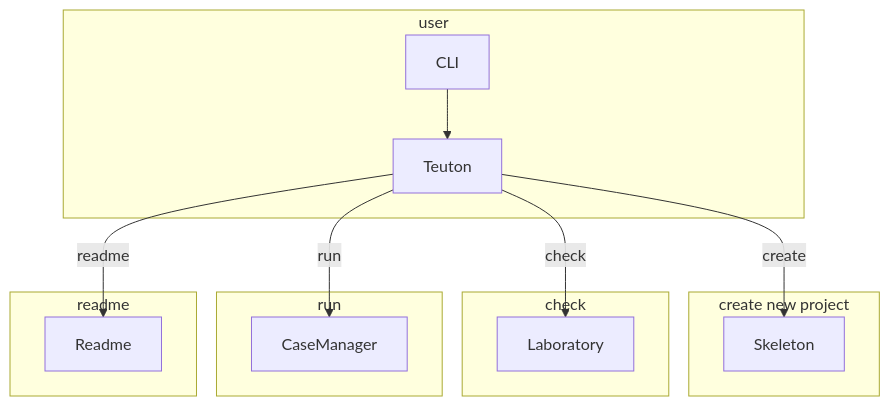
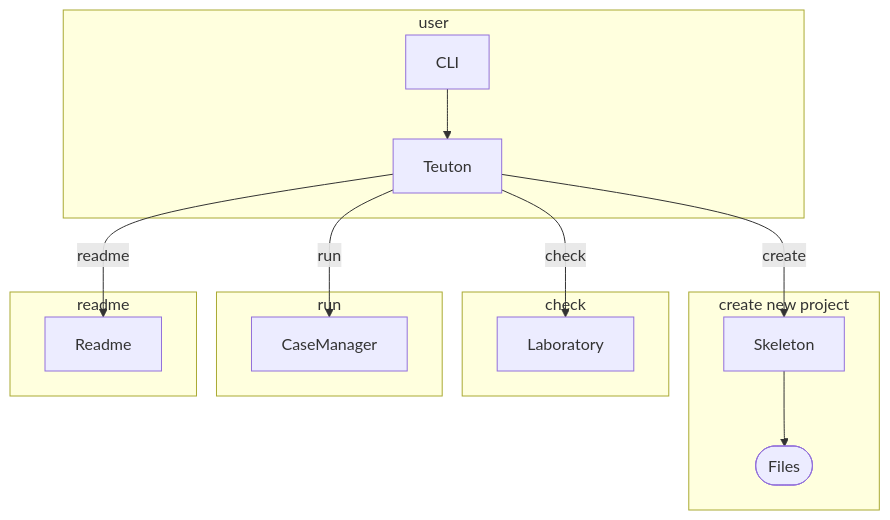
Before and after one commit to teuton-software/teuton: the diagram in docs/diagram.md, drawn with Mermaid.

````diff
--- a/docs/diagram.md
+++ b/docs/diagram.md
@@ -5,23 +5,24 @@
 ```mermaid
 flowchart TB
 
 subgraph user
   CLI --> Teuton
 end
 
 subgraph "create new project"
   Teuton -- create --> Skeleton
+  Skeleton --> Files([Files])
 end
 
 subgraph check
   Teuton -- check --> Laboratory
 end
 
 subgraph run
   Teuton -- run --> CaseManager
 end
 
 subgraph readme
   Teuton -- readme --> Readme
 end
 ```
````
